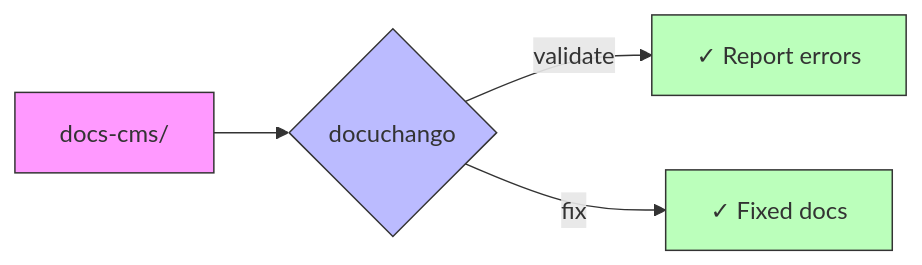
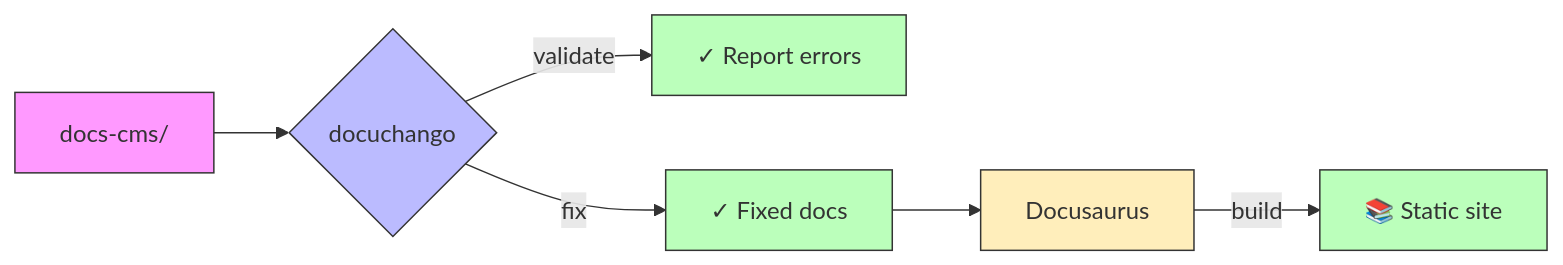
Before and after one commit to jrepp/docuchango: the diagram in README.md, drawn with Mermaid. The commit also changed other lines of this file and 1 other file, not shown here.

Commit message:
Add parallel test config, update mermaid diagram with Docusaurus

````diff
--- a/README.md
+++ b/README.md
@@ -5,11 +5,15 @@
 ```mermaid
 flowchart LR
     A[docs-cms/] --> B{docuchango}
     B -->|validate| C[✓ Report errors]
     B -->|fix| D[✓ Fixed docs]
+    D --> E[Docusaurus]
+    E -->|build| F[📚 Static site]
 
     style A fill:#f9f,stroke:#333
     style B fill:#bbf,stroke:#333
     style C fill:#bfb,stroke:#333
     style D fill:#bfb,stroke:#333
+    style E fill:#feb,stroke:#333
+    style F fill:#bfb,stroke:#333
 ```
````
